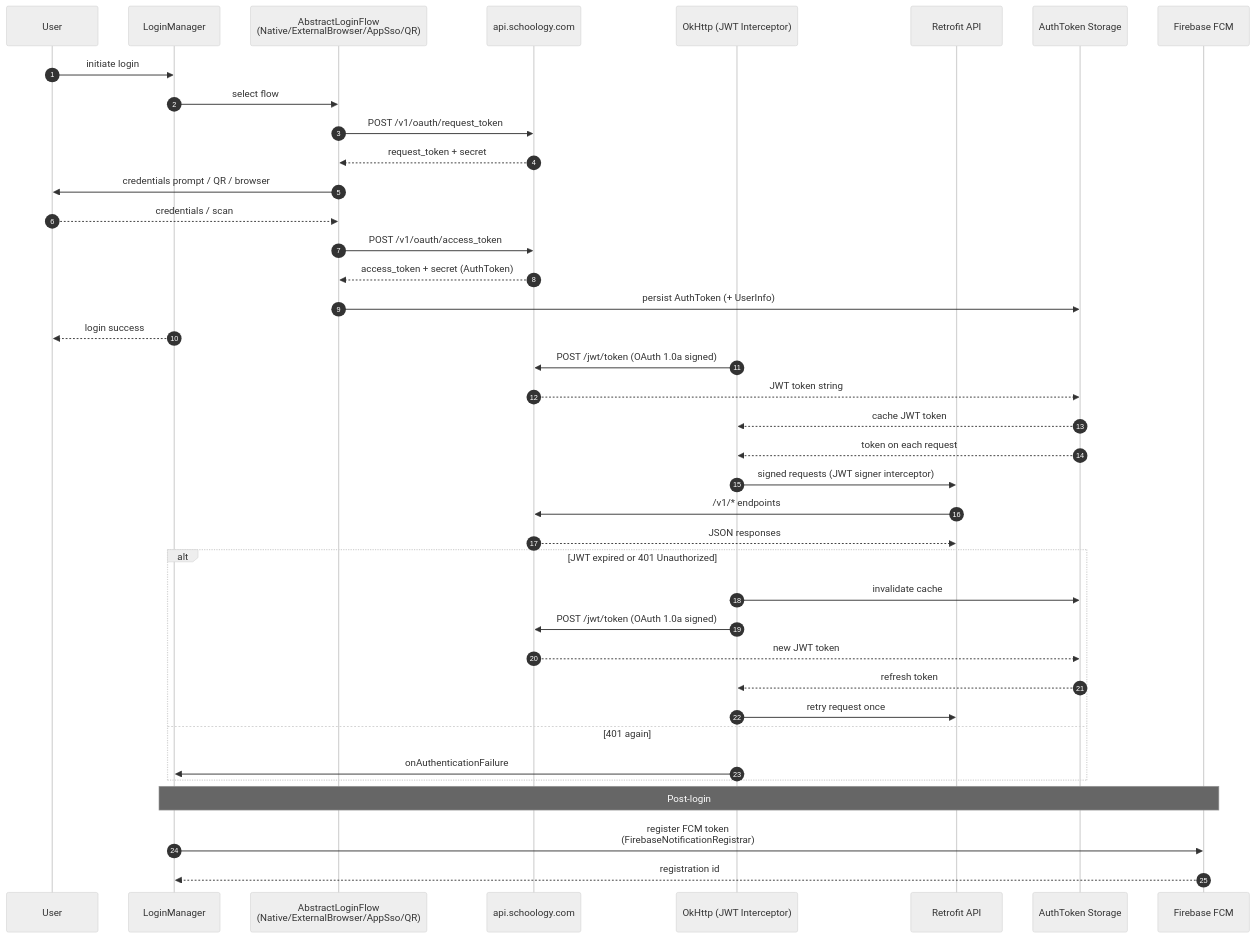
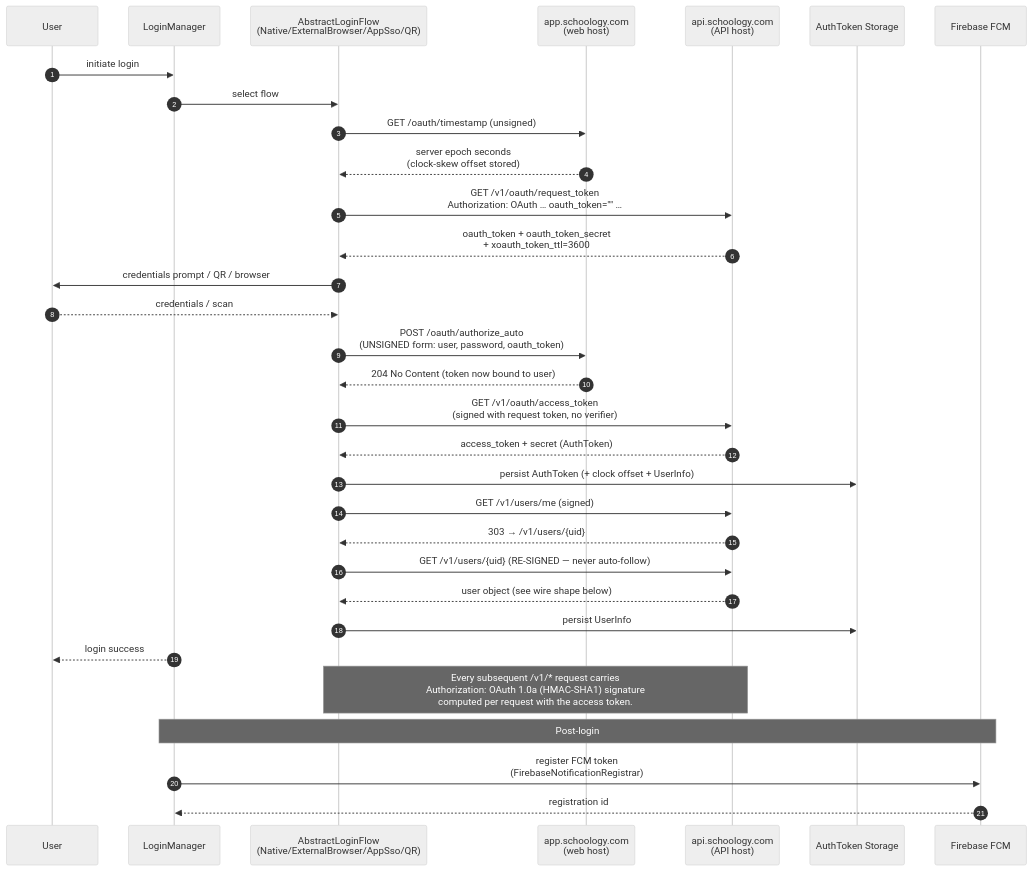
One commit to rhass/schoology-re changed the first of 2 diagrams in SCHOOLOGY_APK_REVERSE_ENGINEERING.md. Above: the diagram before and after it, drawn with Mermaid (neutral theme). The commit also changed other lines of this file and 1 other file, not shown here.

Commit message:
Correct auth flow with wire-verified captures (2026-09-22 login)

````diff
--- a/SCHOOLOGY_APK_REVERSE_ENGINEERING.md
+++ b/SCHOOLOGY_APK_REVERSE_ENGINEERING.md
@@ -164,46 +170,37 @@
 ```mermaid
 sequenceDiagram
     autonumber
     participant U as User
     participant LM as LoginManager
     participant LF as AbstractLoginFlow<br/>(Native/ExternalBrowser/AppSso/QR)
-    participant API as api.schoology.com
-    participant Ok as OkHttp (JWT Interceptor)
-    participant Retro as Retrofit API
+    participant WEB as app.schoology.com<br/>(web host)
+    participant API as api.schoology.com<br/>(API host)
     participant Store as AuthToken Storage
     participant FCM as Firebase FCM
 
     U->>LM: initiate login
     LM->>LF: select flow
-    LF->>API: POST /v1/oauth/request_token
-    API-->>LF: request_token + secret
+    LF->>WEB: GET /oauth/timestamp (unsigned)
+    WEB-->>LF: server epoch seconds<br/>(clock-skew offset stored)
+    LF->>API: GET /v1/oauth/request_token<br/>Authorization: OAuth … oauth_token="" …
+    API-->>LF: oauth_token + oauth_token_secret<br/>+ xoauth_token_ttl=3600
     LF->>U: credentials prompt / QR / browser
     U-->>LF: credentials / scan
-    LF->>API: POST /v1/oauth/access_token
+    LF->>WEB: POST /oauth/authorize_auto<br/>(UNSIGNED form: user, password, oauth_token)
+    WEB-->>LF: 204 No Content (token now bound to user)
+    LF->>API: GET /v1/oauth/access_token<br/>(signed with request token, no verifier)
     API-->>LF: access_token + secret (AuthToken)
-    LF->>Store: persist AuthToken (+ UserInfo)
+    LF->>Store: persist AuthToken (+ clock offset + UserInfo)
+    LF->>API: GET /v1/users/me (signed)
+    API-->>LF: 303 → /v1/users/{uid}
+    LF->>API: GET /v1/users/{uid} (RE-SIGNED — never auto-follow)
+    API-->>LF: user object (see wire shape below)
+    LF->>Store: persist UserInfo
     LM-->>U: login success
 
-    Ok->>API: POST /jwt/token (OAuth 1.0a signed)
-    API-->>Store: JWT token string
-    Store-->>Ok: cache JWT token
-
-    Store-->>Ok: token on each request
-    Ok->>Retro: signed requests (JWT signer interceptor)
-    Retro->>API: /v1/* endpoints
-    API-->>Retro: JSON responses
-
-    alt JWT expired or 401 Unauthorized
-        Ok->>Store: invalidate cache
-        Ok->>API: POST /jwt/token (OAuth 1.0a signed)
-        API-->>Store: new JWT token
-        Store-->>Ok: refresh token
-        Ok->>Retro: retry request once
-    else 401 again
-        Ok->>LM: onAuthenticationFailure
-    end
+    Note over LF,API: Every subsequent /v1/* request carries<br/>Authorization: OAuth 1.0a (HMAC-SHA1) signature<br/>computed per request with the access token.
 
     Note over LM,FCM: Post-login
     LM->>FCM: register FCM token<br/>(FirebaseNotificationRegistrar)
     FCM-->>LM: registration id
 ```
````
